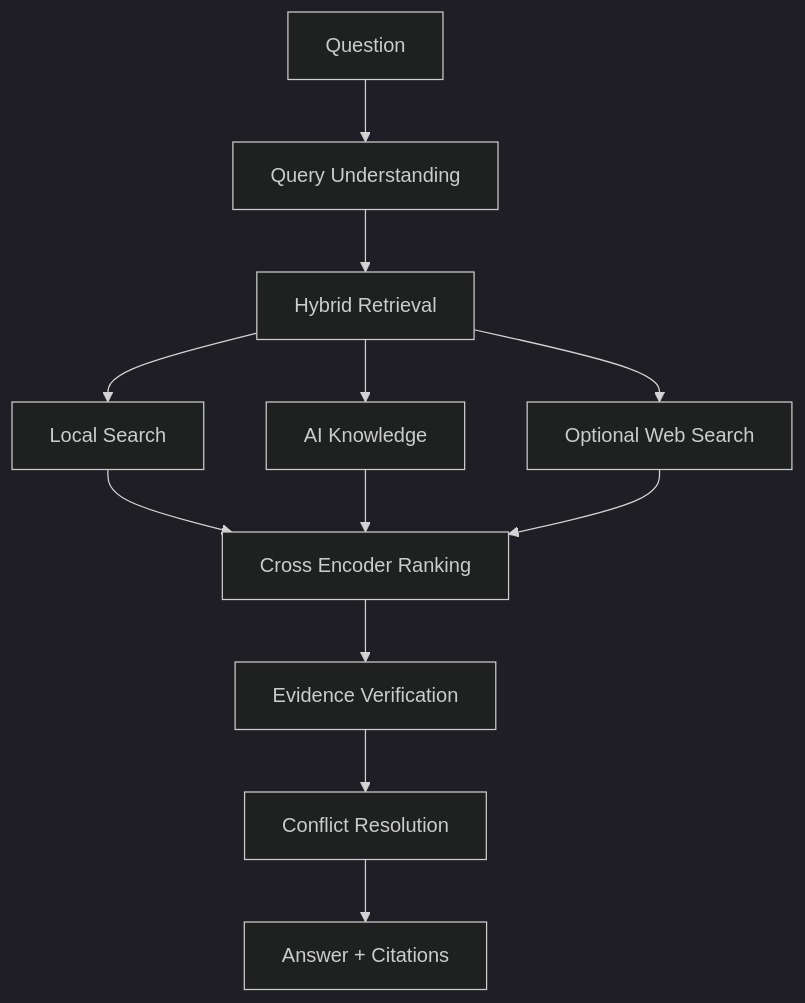
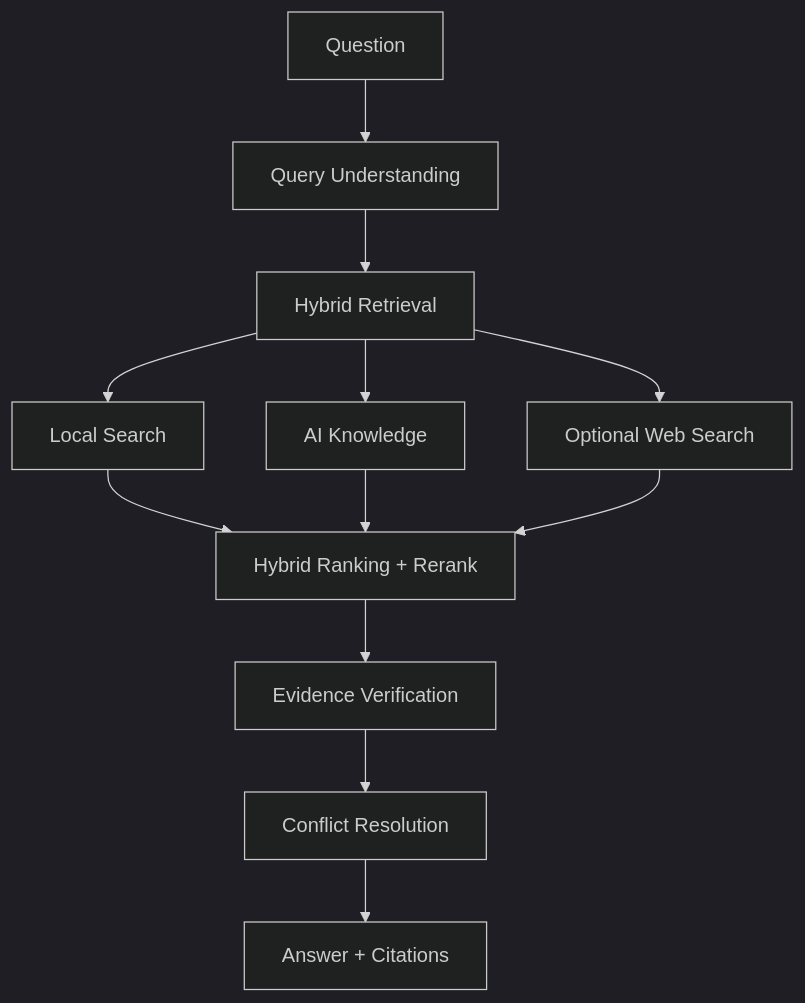
The diagram in README.md (DamingoNdiwa/verilume), drawn with Mermaid (dark theme) before and after one commit. The commit also changed other lines of this file, not shown here.

````diff
--- a/README.md
+++ b/README.md
@@ -79,14 +80,14 @@
 ```mermaid
 flowchart TD
     Q[Question] --> U[Query Understanding]
     U --> H[Hybrid Retrieval]
     H --> L[Local Search]
     H --> M[AI Knowledge]
     H --> W[Optional Web Search]
-    L --> R[Cross Encoder Ranking]
+    L --> R[Hybrid Ranking + Rerank]
     M --> R
     W --> R
     R --> E[Evidence Verification]
     E --> C[Conflict Resolution]
     C --> A[Answer + Citations]
 ```
````
